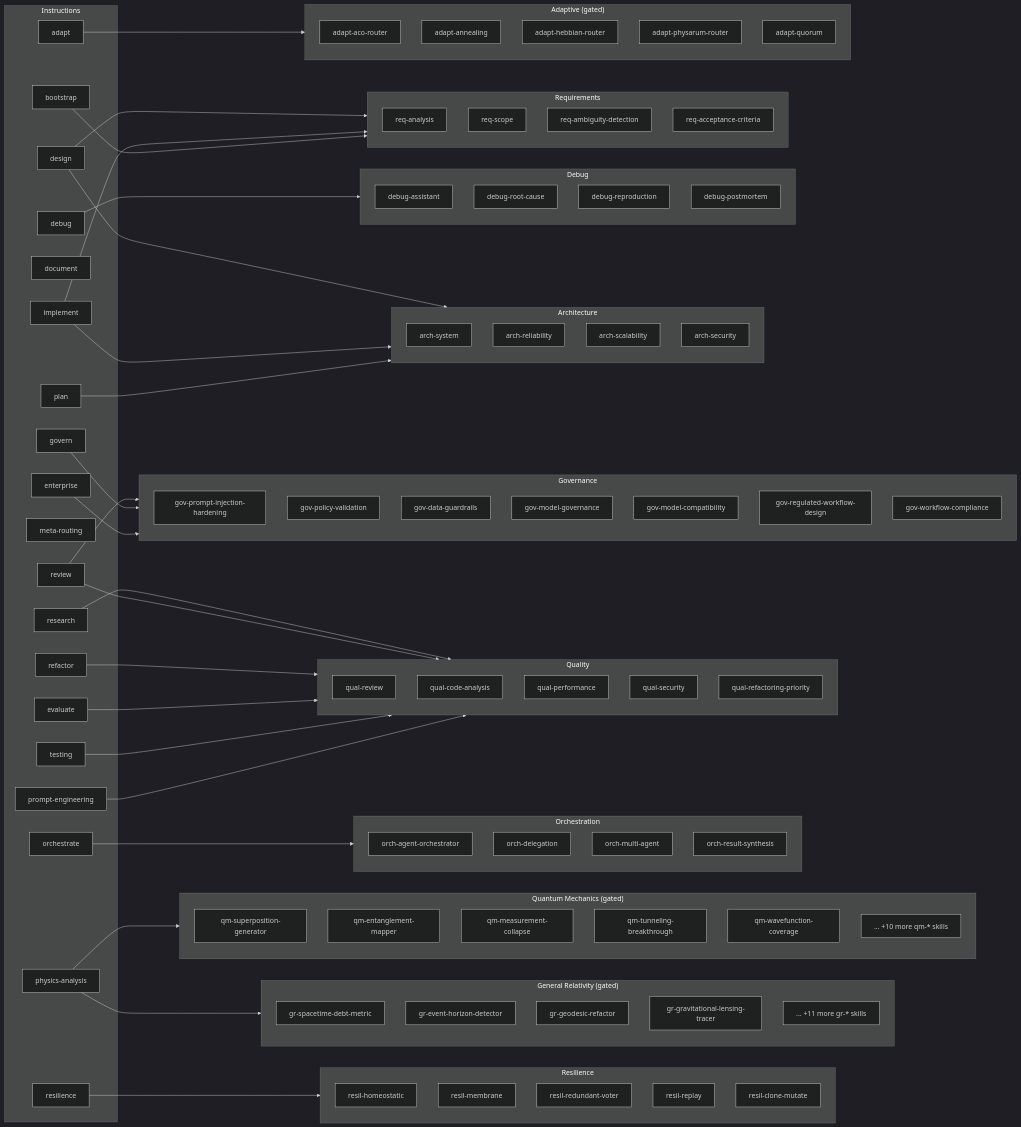
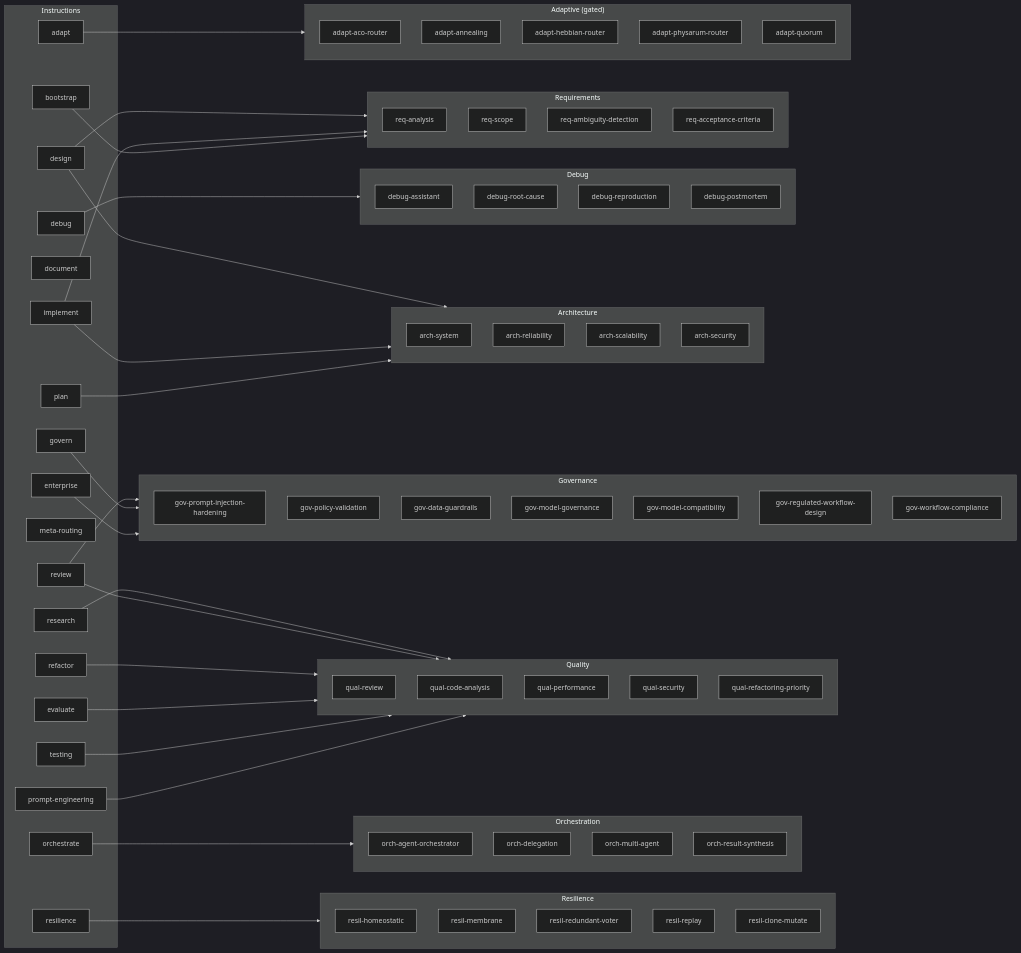
Before and after one commit to Anselmoo/mcp-ai-agent-guidelines: the diagram in docs/src/content/docs/skills/index.mdx, drawn with Mermaid (dark theme). The commit also changed other lines of this file and 246 other files, not shown here.

```diff
--- a/docs/src/content/docs/skills/index.mdx
+++ b/docs/src/content/docs/skills/index.mdx
@@ -80,7 +78,6 @@
         implement["implement"]
         meta_routing["meta-routing"]
         orchestrate["orchestrate"]
-        physics_analysis["physics-analysis"]
         plan["plan"]
         prompt_engineering["prompt-engineering"]
         refactor["refactor"]
@@ -152,22 +149,7 @@
         adapt_quorum["adapt-quorum"]
     end
 
-    subgraph D_qm["Quantum Mechanics (gated)"]
-        qm_super["qm-superposition-generator"]
-        qm_entangle["qm-entanglement-mapper"]
-        qm_collapse["qm-measurement-collapse"]
-        qm_tunnel["qm-tunneling-breakthrough"]
-        qm_wave["qm-wavefunction-coverage"]
-        qm_more["... +10 more qm-* skills"]
-    end
 
-    subgraph D_gr["General Relativity (gated)"]
-        gr_debt["gr-spacetime-debt-metric"]
-        gr_horizon["gr-event-horizon-detector"]
-        gr_geodesic["gr-geodesic-refactor"]
-        gr_lens["gr-gravitational-lensing-tracer"]
-        gr_more["... +11 more gr-* skills"]
-    end
 
     design --> D_req
     design --> D_arch
@@ -180,8 +162,6 @@
     resilience --> D_resil
     orchestrate --> D_orch
     adapt --> D_adapt
-    physics_analysis --> D_qm
-    physics_analysis --> D_gr
     refactor --> D_qual
     debug --> D_debug
     bootstrap --> D_req
```
